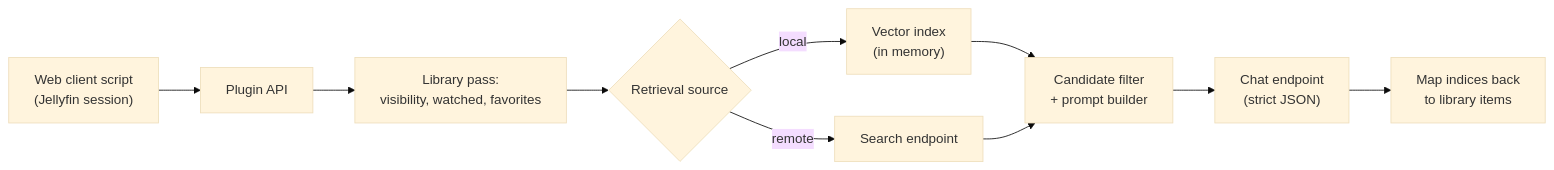
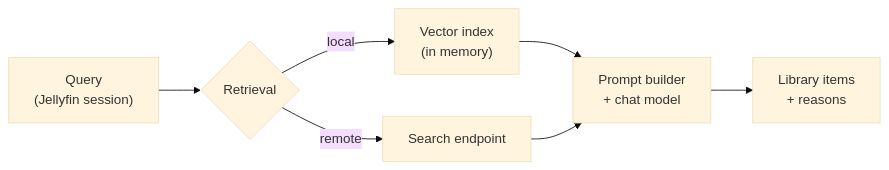
Before and after one commit to Franciskid/jellyfin-plugin-ai-search: the diagram in README.md, drawn with Mermaid (base theme).

Commit message:
Narrow the pipeline diagram so it renders at readable size

````diff
--- a/README.md
+++ b/README.md
@@ -33,12 +33,9 @@
 ```mermaid
 flowchart LR
-  A["Web client script<br/>(Jellyfin session)"] --> B["Plugin API"]
-  B --> C["Library pass:<br/>visibility, watched, favorites"]
-  C --> D{"Retrieval source"}
-  D -->|local| E["Vector index<br/>(in memory)"]
-  D -->|remote| F["Search endpoint"]
-  E --> G["Candidate filter<br/>+ prompt builder"]
-  F --> G
-  G --> H["Chat endpoint<br/>(strict JSON)"]
-  H --> I["Map indices back<br/>to library items"]
+  A["Query<br/>(Jellyfin session)"] --> B{"Retrieval"}
+  B -->|local| C["Vector index<br/>(in memory)"]
+  B -->|remote| D["Search endpoint"]
+  C --> E["Prompt builder<br/>+ chat model"]
+  D --> E
+  E --> F["Library items<br/>+ reasons"]
 ```
````
